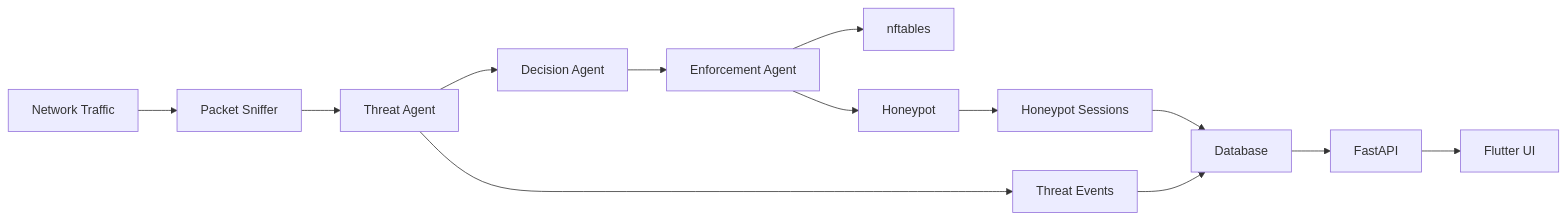
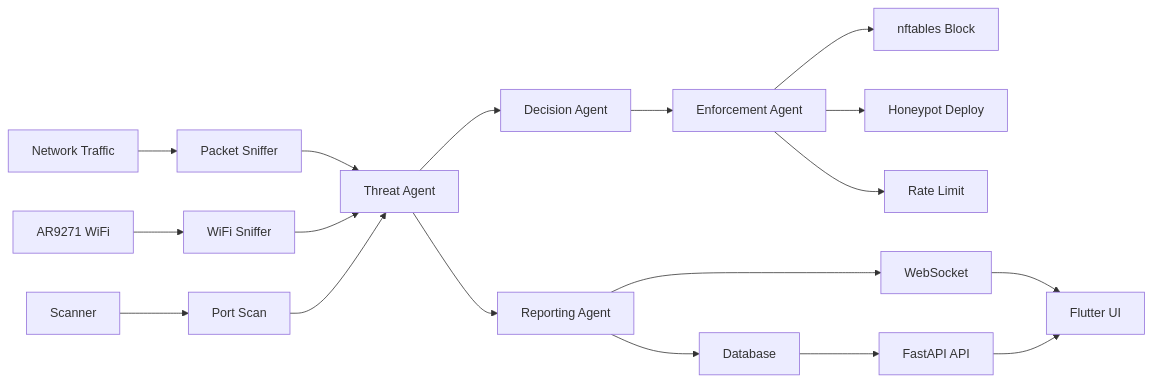
The diagram in docs/walkthrough/SYSTEM_OVERVIEW.md (Sujith1911/NTTH), drawn with Mermaid before and after one commit. The commit also changed other lines of this file and 57 other files, not shown here.

````diff
--- a/docs/walkthrough/SYSTEM_OVERVIEW.md
+++ b/docs/walkthrough/SYSTEM_OVERVIEW.md
@@ -77,15 +92,20 @@
 ```mermaid
 flowchart LR
     A[Network Traffic] --> B[Packet Sniffer]
+    W[AR9271 WiFi] --> X[WiFi Sniffer]
+    S[Scanner] --> Y[Port Scan]
     B --> C[Threat Agent]
+    X --> C
+    Y --> C
     C --> D[Decision Agent]
     D --> E[Enforcement Agent]
-    E --> F[nftables]
-    E --> G[Honeypot]
-    C --> H[Threat Events]
-    G --> I[Honeypot Sessions]
+    E --> F[nftables Block]
+    E --> G[Honeypot Deploy]
+    E --> R[Rate Limit]
+    C --> H[Reporting Agent]
     H --> J[Database]
-    I --> J
-    J --> K[FastAPI]
-    K --> L[Flutter UI]
+    H --> K[WebSocket]
+    J --> L[FastAPI API]
+    K --> M[Flutter UI]
+    L --> M
 ```
````
